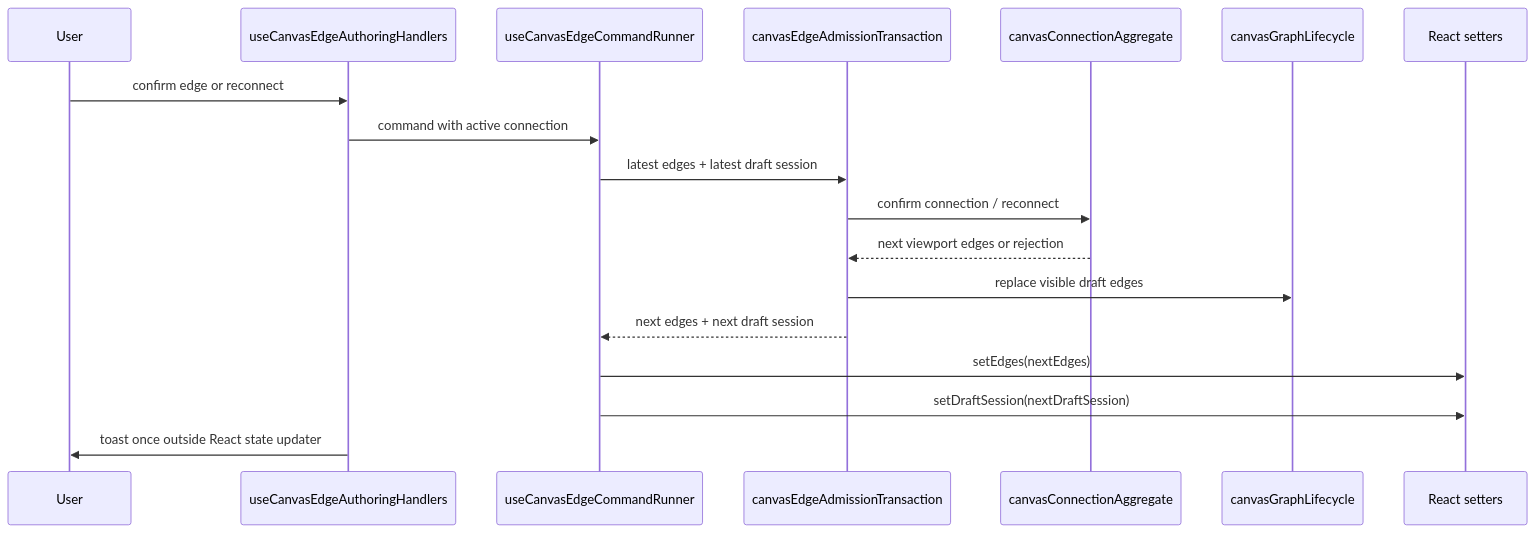
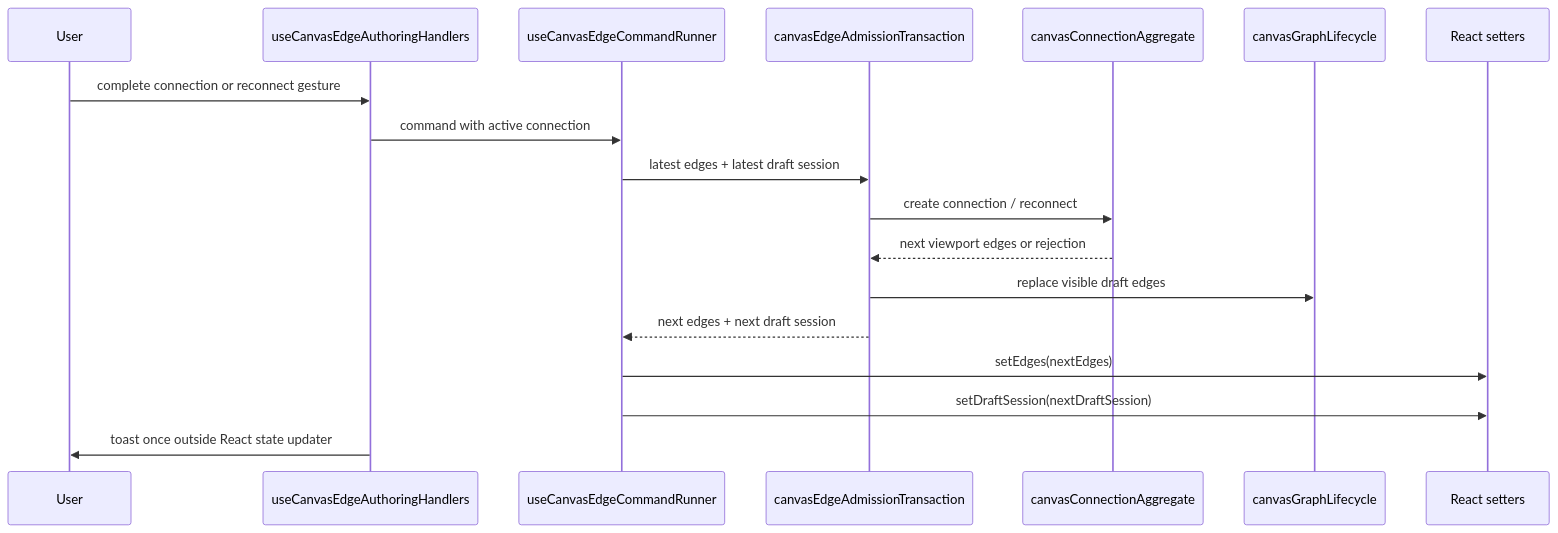
One commit to dunay2/dvt changed the tenth of 10 diagrams in docs/architecture/components/web/graph/graph-frontend-architecture.md. Above: the diagram before and after it, drawn with Mermaid. The commit also changed other lines of this file and 42 other files, not shown here.

````diff
--- a/docs/architecture/components/web/graph/graph-frontend-architecture.md
+++ b/docs/architecture/components/web/graph/graph-frontend-architecture.md
@@ -531,21 +533,21 @@
 ```mermaid
 sequenceDiagram
   participant User
   participant Handler as useCanvasEdgeAuthoringHandlers
   participant Runner as useCanvasEdgeCommandRunner
   participant Tx as canvasEdgeAdmissionTransaction
   participant Aggregate as canvasConnectionAggregate
   participant Lifecycle as canvasGraphLifecycle
   participant React as React setters
 
-  User->>Handler: confirm edge or reconnect
+  User->>Handler: complete connection or reconnect gesture
   Handler->>Runner: command with active connection
   Runner->>Tx: latest edges + latest draft session
-  Tx->>Aggregate: confirm connection / reconnect
+  Tx->>Aggregate: create connection / reconnect
   Aggregate-->>Tx: next viewport edges or rejection
   Tx->>Lifecycle: replace visible draft edges
   Tx-->>Runner: next edges + next draft session
   Runner->>React: setEdges(nextEdges)
   Runner->>React: setDraftSession(nextDraftSession)
   Handler->>User: toast once outside React state updater
 ```
````
